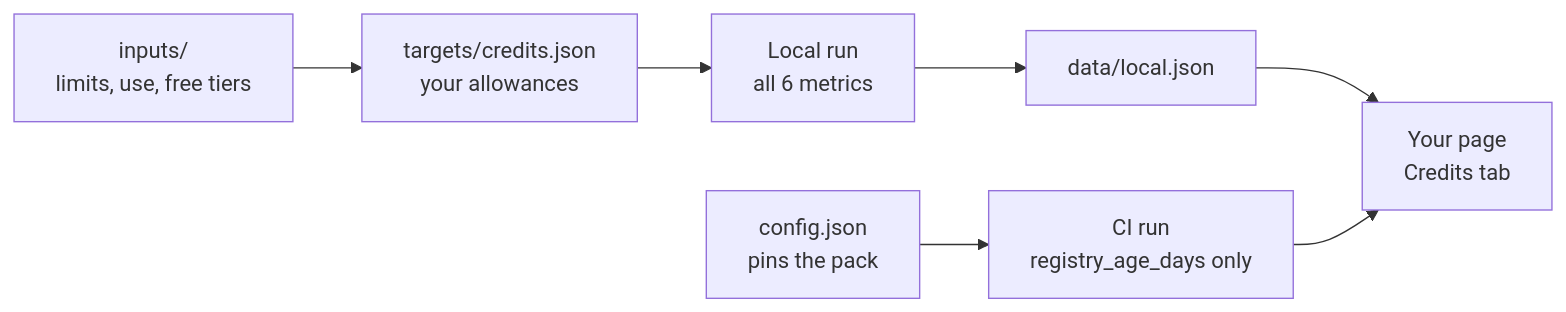
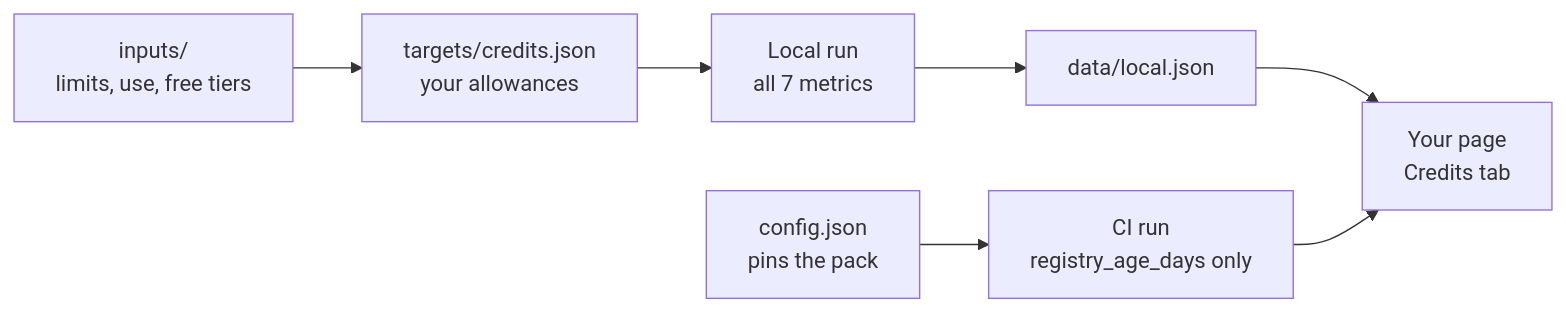
Before and after one commit to SoulCraft-Org/compute-crafter: the diagram in templates/quality/README.md, drawn with Mermaid. The commit also changed other lines of this file and 13 other files, not shown here.

````diff
--- a/templates/quality/README.md
+++ b/templates/quality/README.md
@@ -13,9 +13,9 @@
 ```mermaid
 flowchart LR
   I[inputs/<br/>limits, use, free tiers] --> T[targets/credits.json<br/>your allowances]
-  T --> L[Local run<br/>all 6 metrics]
+  T --> L[Local run<br/>all 7 metrics]
   P[config.json<br/>pins the pack] --> C[CI run<br/>registry_age_days only]
   L --> D[data/local.json]
   D --> G[Your page<br/>Credits tab]
   C --> G
 ```
````
